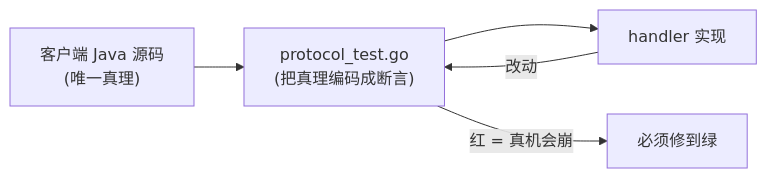
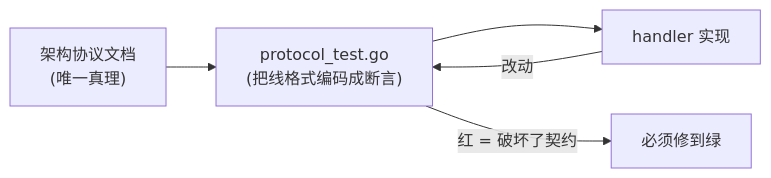
The first of 2 diagrams in docs/contributing/testing.md (MagirecoCN-Revival-Project/magireco-cnv-server), drawn with Mermaid before and after one commit. The commit also changed other lines of this file and 32 other files, not shown here.

````diff
--- a/docs/contributing/testing.md
+++ b/docs/contributing/testing.md
@@ -57,7 +57,7 @@
 ```mermaid
 flowchart LR
-    J["客户端 Java 源码<br/>(唯一真理)"] --> T["protocol_test.go<br/>(把真理编码成断言)"]
+    J["架构协议文档<br/>(唯一真理)"] --> T["protocol_test.go<br/>(把线格式编码成断言)"]
     T --> H["handler 实现"]
     H -->|改动| T
-    T -->|"红 = 真机会崩"| FIX["必须修到绿"]
+    T -->|"红 = 破坏了契约"| FIX["必须修到绿"]
 ```
````
